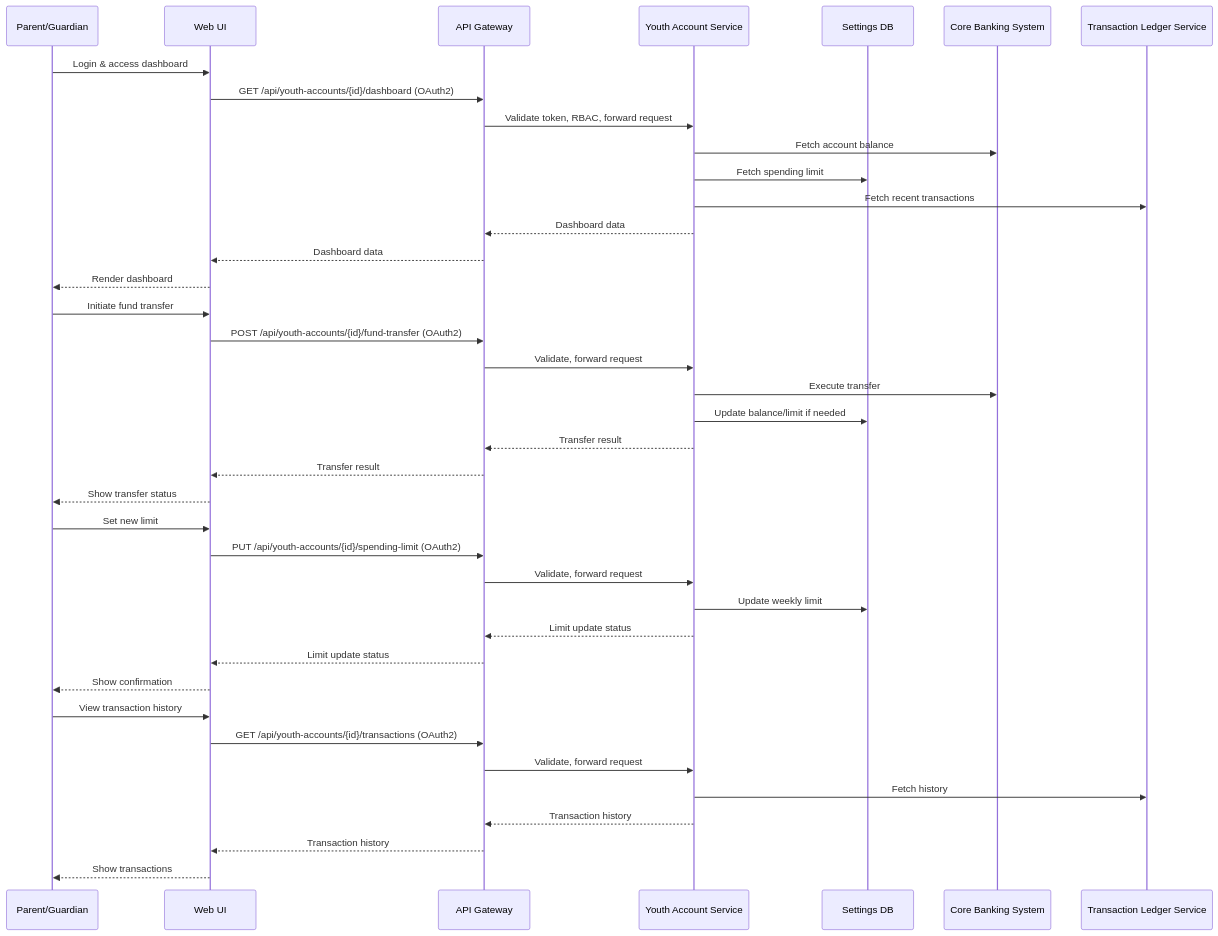
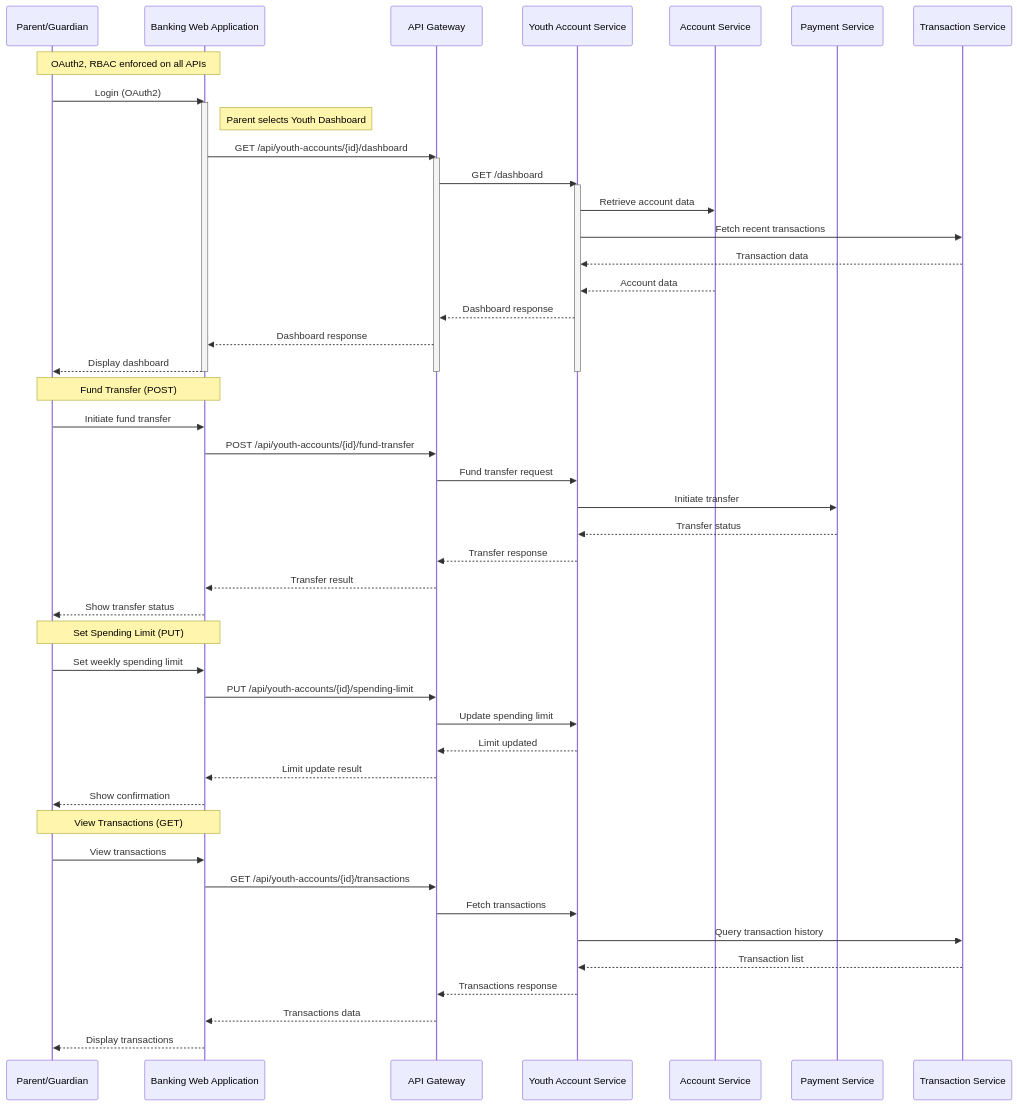
One commit to Ascend-Krithi/SCIB-Inception changed the diagram in Components and Sequence Diagrams/sequence_diagram.mmd. Above: the diagram before and after it, drawn with Mermaid. The commit also changed 1 other file, not shown here.

```diff
--- a/Components and Sequence Diagrams/sequence_diagram.mmd
+++ b/Components and Sequence Diagrams/sequence_diagram.mmd
@@ -1,48 +1,52 @@
-%% Sequence Diagram: Parent-Youth Account Management
+%% Sequence Diagram for Parent-Managed Youth Account APIs
 sequenceDiagram
     participant Parent as Parent/Guardian
-    participant WebUI as Web UI
-    participant APIGW as API Gateway
-    participant YAS as Youth Account Service
-    participant SettingsDB as Settings DB
-    participant CoreBanking as Core Banking System
-    participant TransactionService as Transaction Ledger Service
-
-    %% Dashboard retrieval
-    Parent->>WebUI: Login & access dashboard
-    WebUI->>APIGW: GET /api/youth-accounts/{id}/dashboard (OAuth2)
-    APIGW->>YAS: Validate token, RBAC, forward request
-    YAS->>CoreBanking: Fetch account balance
-    YAS->>SettingsDB: Fetch spending limit
-    YAS->>TransactionService: Fetch recent transactions
-    YAS-->>APIGW: Dashboard data
-    APIGW-->>WebUI: Dashboard data
-    WebUI-->>Parent: Render dashboard
-
-    %% Fund transfer
-    Parent->>WebUI: Initiate fund transfer
-    WebUI->>APIGW: POST /api/youth-accounts/{id}/fund-transfer (OAuth2)
-    APIGW->>YAS: Validate, forward request
-    YAS->>CoreBanking: Execute transfer
-    YAS->>SettingsDB: Update balance/limit if needed
-    YAS-->>APIGW: Transfer result
-    APIGW-->>WebUI: Transfer result
-    WebUI-->>Parent: Show transfer status
-
-    %% Set spending limit
-    Parent->>WebUI: Set new limit
-    WebUI->>APIGW: PUT /api/youth-accounts/{id}/spending-limit (OAuth2)
-    APIGW->>YAS: Validate, forward request
-    YAS->>SettingsDB: Update weekly limit
-    YAS-->>APIGW: Limit update status
-    APIGW-->>WebUI: Limit update status
-    WebUI-->>Parent: Show confirmation
-
-    %% Transaction history
-    Parent->>WebUI: View transaction history
-    WebUI->>APIGW: GET /api/youth-accounts/{id}/transactions (OAuth2)
-    APIGW->>YAS: Validate, forward request
-    YAS->>TransactionService: Fetch history
-    YAS-->>APIGW: Transaction history
-    APIGW-->>WebUI: Transaction history
-    WebUI-->>Parent: Show transactions
+    participant WebApp as Banking Web Application
+    participant APIGateway as API Gateway
+    participant YouthService as Youth Account Service
+    participant AccountService as Account Service
+    participant PaymentService as Payment Service
+    participant TransactionService as Transaction Service
+    Note over Parent,WebApp: OAuth2, RBAC enforced on all APIs
+    Parent->>WebApp: Login (OAuth2)
+    activate WebApp
+    Note right of WebApp: Parent selects Youth Dashboard
+    WebApp->>APIGateway: GET /api/youth-accounts/{id}/dashboard
+    activate APIGateway
+    APIGateway->>YouthService: GET /dashboard
+    activate YouthService
+    YouthService->>AccountService: Retrieve account data
+    YouthService->>TransactionService: Fetch recent transactions
+    TransactionService-->>YouthService: Transaction data
+    AccountService-->>YouthService: Account data
+    YouthService-->>APIGateway: Dashboard response
+    APIGateway-->>WebApp: Dashboard response
+    WebApp-->>Parent: Display dashboard
+    deactivate YouthService
+    deactivate APIGateway
+    deactivate WebApp
+    Note over Parent,WebApp: Fund Transfer (POST)
+    Parent->>WebApp: Initiate fund transfer
+    WebApp->>APIGateway: POST /api/youth-accounts/{id}/fund-transfer
+    APIGateway->>YouthService: Fund transfer request
+    YouthService->>PaymentService: Initiate transfer
+    PaymentService-->>YouthService: Transfer status
+    YouthService-->>APIGateway: Transfer response
+    APIGateway-->>WebApp: Transfer result
+    WebApp-->>Parent: Show transfer status
+    Note over Parent,WebApp: Set Spending Limit (PUT)
+    Parent->>WebApp: Set weekly spending limit
+    WebApp->>APIGateway: PUT /api/youth-accounts/{id}/spending-limit
+    APIGateway->>YouthService: Update spending limit
+    YouthService-->>APIGateway: Limit updated
+    APIGateway-->>WebApp: Limit update result
+    WebApp-->>Parent: Show confirmation
+    Note over Parent,WebApp: View Transactions (GET)
+    Parent->>WebApp: View transactions
+    WebApp->>APIGateway: GET /api/youth-accounts/{id}/transactions
+    APIGateway->>YouthService: Fetch transactions
+    YouthService->>TransactionService: Query transaction history
+    TransactionService-->>YouthService: Transaction list
+    YouthService-->>APIGateway: Transactions response
+    APIGateway-->>WebApp: Transactions data
+    WebApp-->>Parent: Display transactions
```
